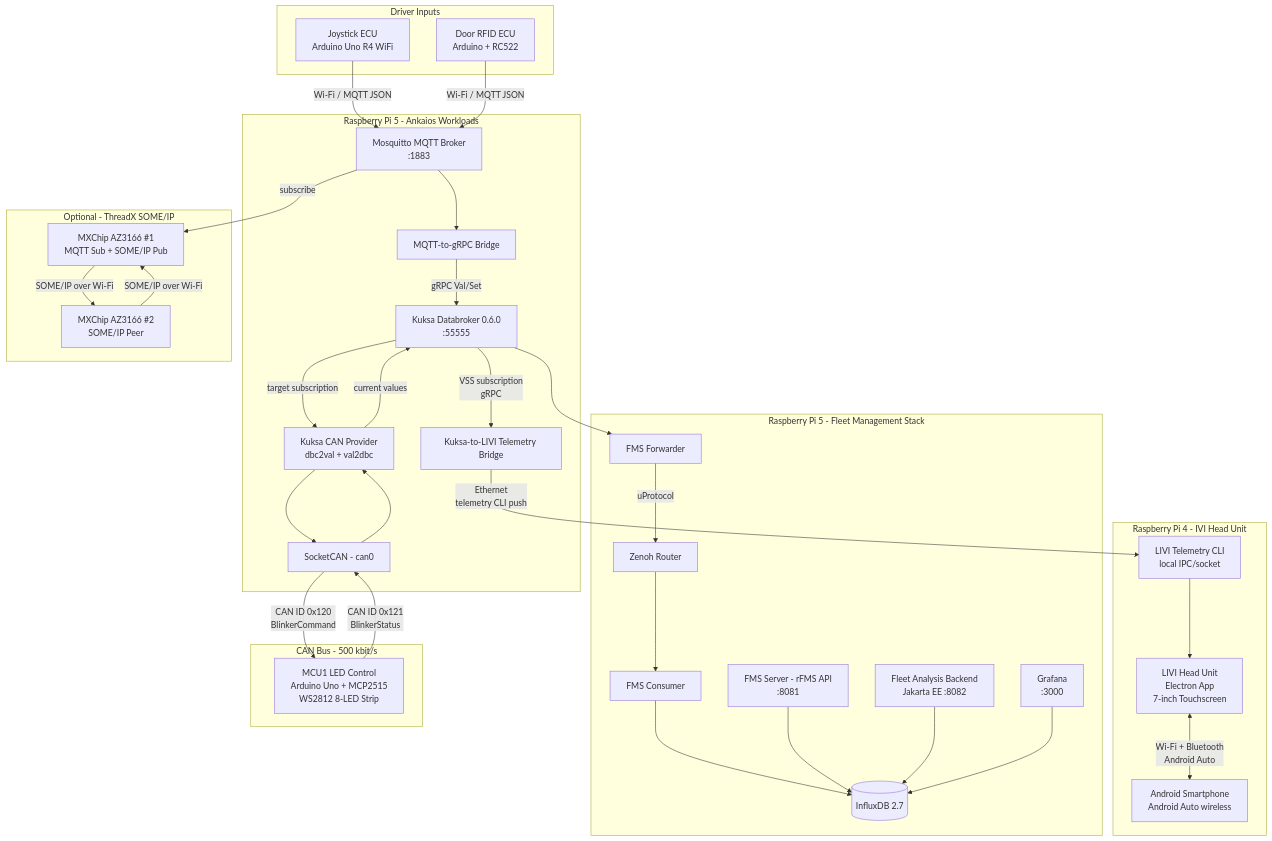
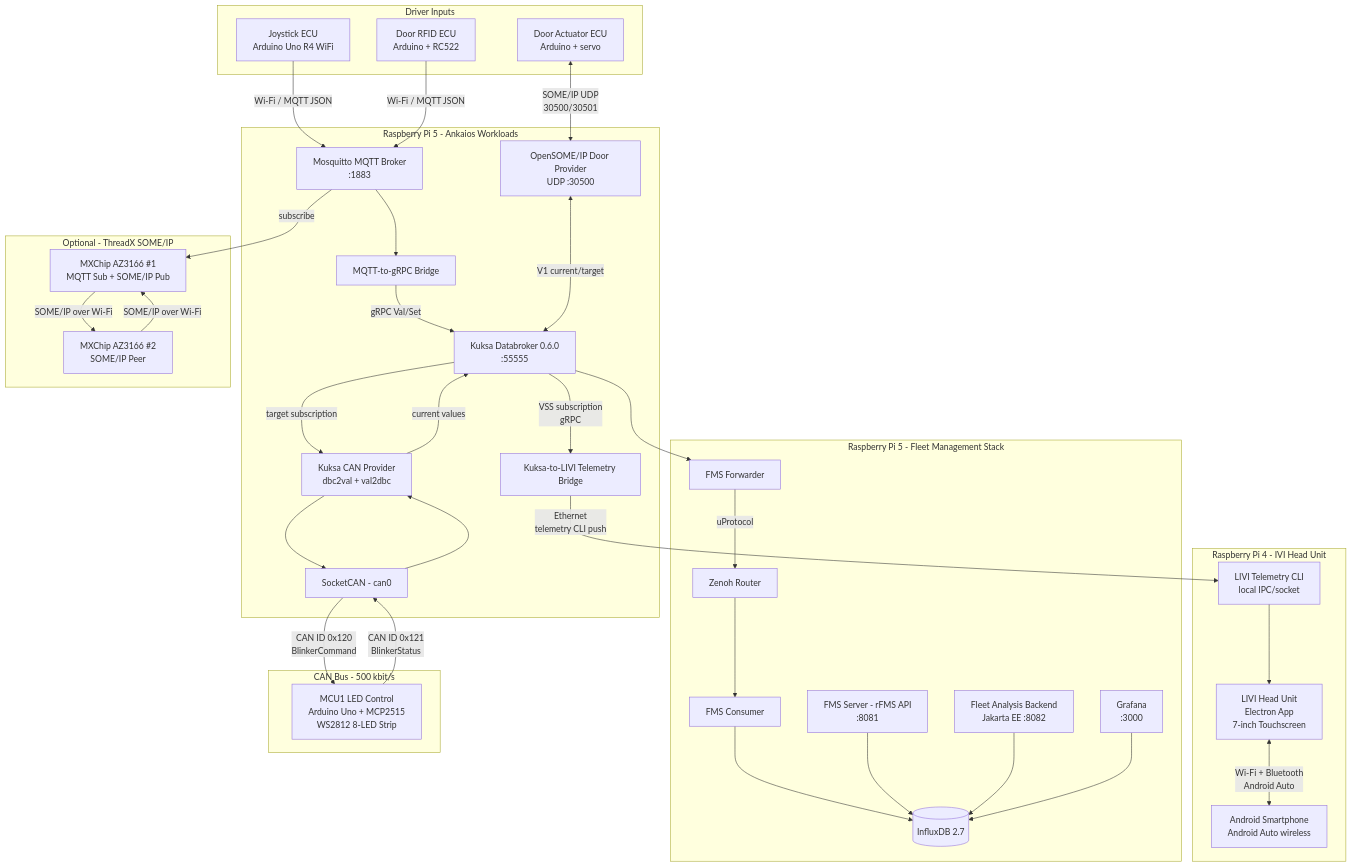
Before and after one commit to eclipse-sdv-blueprints/e2e-vehicle-signals: the first of 2 diagrams in docs/website/architecture.md, drawn with Mermaid. The commit also changed other lines of this file and 27 other files, not shown here.

First line of the commit message:
feat: Add OpenSOME/IP Door Provider and integrate with Door Actuator ECU

````diff
--- a/docs/website/architecture.md
+++ b/docs/website/architecture.md
@@ -12,69 +12,73 @@
 ```mermaid
 graph TB
     subgraph Driver Inputs
         JOY[Joystick ECU<br/>Arduino Uno R4 WiFi]
         RFID[Door RFID ECU<br/>Arduino + RC522]
+        DOOR[Door Actuator ECU<br/>Arduino + servo]
     end
 
     subgraph AnkaiosWL["Raspberry Pi 5 - Ankaios Workloads"]
         MOSQ[Mosquitto MQTT Broker<br/>:1883]
         BRIDGE[MQTT-to-gRPC Bridge]
+        SOMEIP[OpenSOME/IP Door Provider<br/>UDP :30500]
         KDB[Kuksa Databroker 0.6.0<br/>:55555]
         CAN_PROV[Kuksa CAN Provider<br/>dbc2val + val2dbc]
         SOCK["SocketCAN - can0"]
         LIVI_BRIDGE[Kuksa-to-LIVI Telemetry Bridge]
     end
 
     subgraph IVI["Raspberry Pi 4 - IVI Head Unit"]
         LIVI["LIVI Head Unit<br/>Electron App<br/>7-inch Touchscreen"]
         LIVI_CLI["LIVI Telemetry CLI<br/>local IPC/socket"]
         PHONE["Android Smartphone<br/>Android Auto wireless"]
     end
 
     subgraph FMStack["Raspberry Pi 5 - Fleet Management Stack"]
         FWD[FMS Forwarder]
         ZENOH[Zenoh Router]
         CONS[FMS Consumer]
         INFLUX[(InfluxDB 2.7)]
         FMS_SRV["FMS Server - rFMS API<br/>:8081"]
         ANALYTICS[Fleet Analysis Backend<br/>Jakarta EE :8082]
         GRAFANA[Grafana<br/>:3000]
     end
 
     subgraph CANBus1["CAN Bus - 500 kbit/s"]
         LED_ECU[MCU1 LED Control<br/>Arduino Uno + MCP2515<br/>WS2812 8-LED Strip]
     end
 
     subgraph ThreadX["Optional - ThreadX SOME/IP"]
         AZ1[MXChip AZ3166 #1<br/>MQTT Sub + SOME/IP Pub]
         AZ2[MXChip AZ3166 #2<br/>SOME/IP Peer]
     end
 
     JOY -->|Wi-Fi / MQTT JSON| MOSQ
     RFID -->|Wi-Fi / MQTT JSON| MOSQ
     MOSQ --> BRIDGE
     BRIDGE -->|gRPC Val/Set| KDB
+    DOOR <-->|SOME/IP UDP<br/>30500/30501| SOMEIP
+    SOMEIP <-->|V1 current/target| KDB
     KDB -->|target subscription| CAN_PROV
     CAN_PROV --> SOCK
     SOCK -->|CAN ID 0x120<br/>BlinkerCommand| LED_ECU
     LED_ECU -->|CAN ID 0x121<br/>BlinkerStatus| SOCK
     SOCK --> CAN_PROV
     CAN_PROV -->|current values| KDB
 
     KDB -->|VSS subscription<br/>gRPC| LIVI_BRIDGE
     LIVI_BRIDGE -->|Ethernet<br/>telemetry CLI push| LIVI_CLI
     LIVI_CLI --> LIVI
     LIVI <-->|Wi-Fi + Bluetooth<br/>Android Auto| PHONE
 
     KDB --> FWD
     FWD -->|uProtocol| ZENOH
     ZENOH --> CONS
     CONS --> INFLUX
     FMS_SRV --> INFLUX
     ANALYTICS --> INFLUX
     GRAFANA --> INFLUX
 
     MOSQ -->|subscribe| AZ1
     AZ1 -->|SOME/IP over Wi-Fi| AZ2
     AZ2 -->|SOME/IP over Wi-Fi| AZ1
 ```
````
